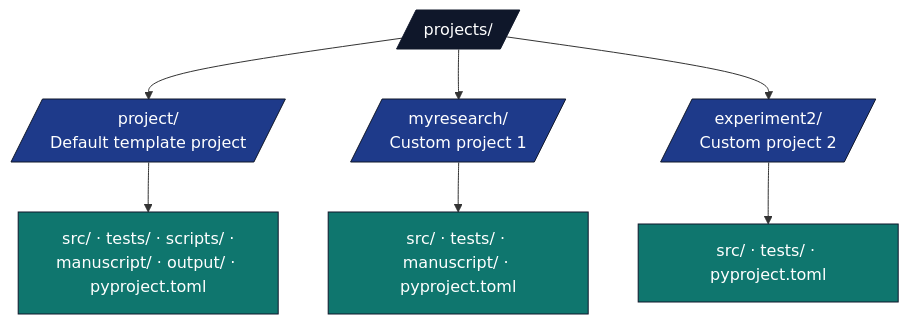
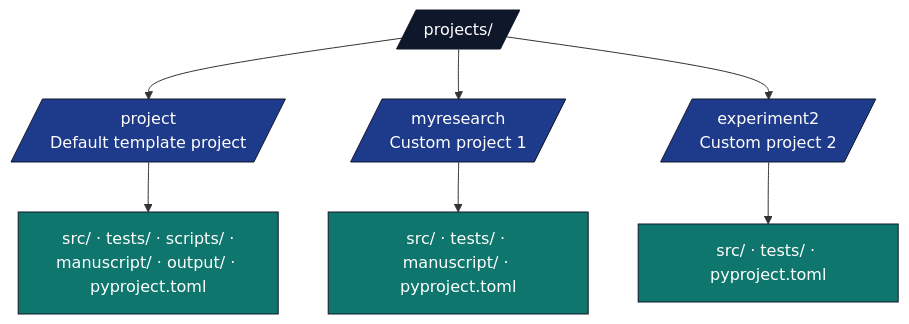
One commit to docxology/template changed the diagram in infrastructure/project/AGENTS.md. Above: the diagram before and after it, drawn with Mermaid. The commit also changed 164 other files, not shown here.

````diff
--- a/infrastructure/project/AGENTS.md
+++ b/infrastructure/project/AGENTS.md
@@ -114,18 +114,18 @@
 ```mermaid
 flowchart TB
     PR[/projects//]
-    PR --> P[/project/<br/>Default template project/]
-    PR --> MY[/myresearch/<br/>Custom project 1/]
-    PR --> EX[/experiment2/<br/>Custom project 2/]
+    PR --> P[/project<br/>Default template project/]
+    PR --> MY[/myresearch<br/>Custom project 1/]
+    PR --> EX[/experiment2<br/>Custom project 2/]
 
     P --> P_F[src/ · tests/ · scripts/ ·<br/>manuscript/ · output/ · pyproject.toml]
     MY --> MY_F[src/ · tests/ · manuscript/ · pyproject.toml]
     EX --> EX_F[src/ · tests/ · pyproject.toml]
 
     classDef d fill:#0f172a,stroke:#0f172a,color:#fff
     classDef pkg fill:#1e3a8a,stroke:#0f172a,color:#fff
     classDef f fill:#0f766e,stroke:#0f172a,color:#fff
     class PR d
     class P,MY,EX pkg
     class P_F,MY_F,EX_F f
 ```
````
